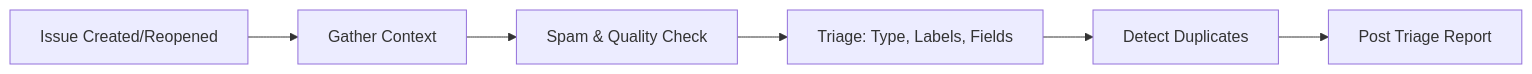
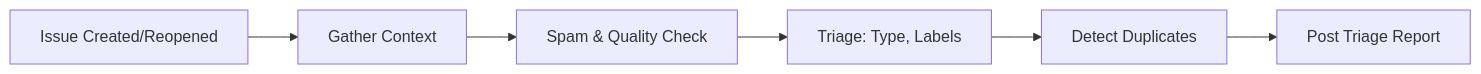
Before and after one commit to githubnext/agentics: the diagram in docs/issue-triage.md, drawn with Mermaid. The commit also changed other lines of this file and 1 other file, not shown here.

Commit message:
Remove issue fields references (not supported yet)

````diff
--- a/docs/issue-triage.md
+++ b/docs/issue-triage.md
@@ -23,8 +23,8 @@
 ```mermaid
 graph LR
     A[Issue Created/Reopened] --> B[Gather Context]
     B --> C[Spam & Quality Check]
-    C --> D[Triage: Type, Labels, Fields]
+    C --> D[Triage: Type, Labels]
     D --> E[Detect Duplicates]
     E --> F[Post Triage Report]
 ```
````
